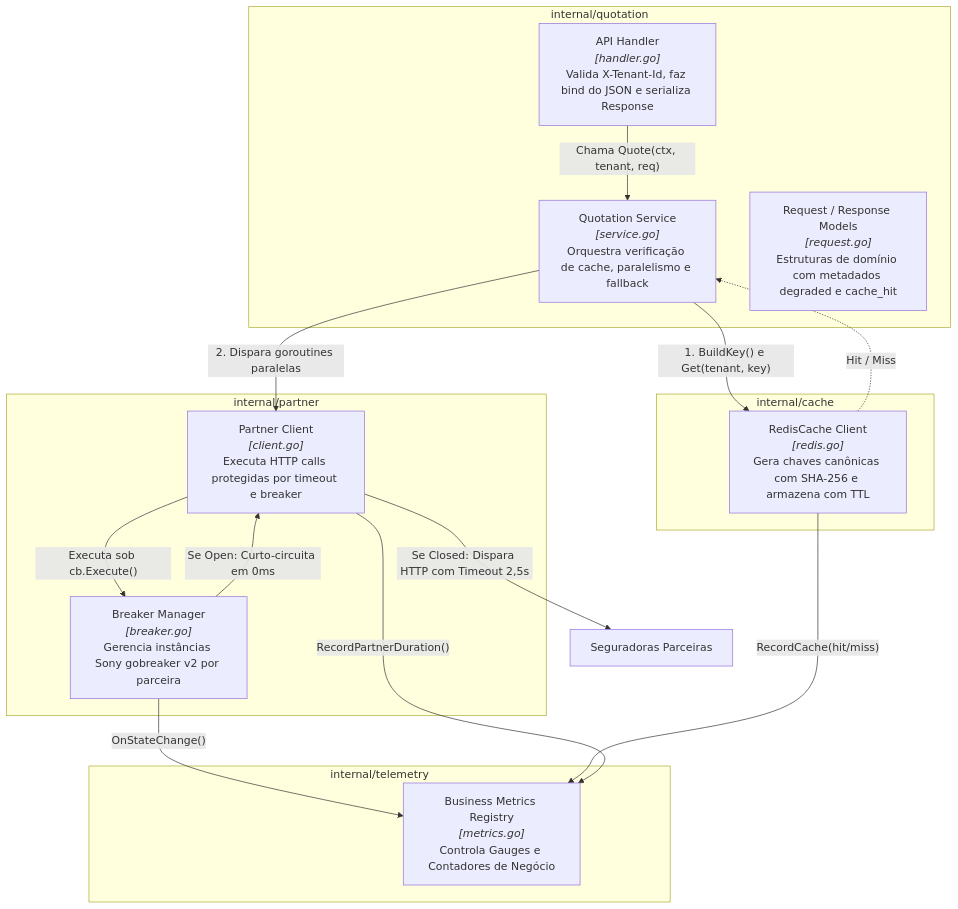
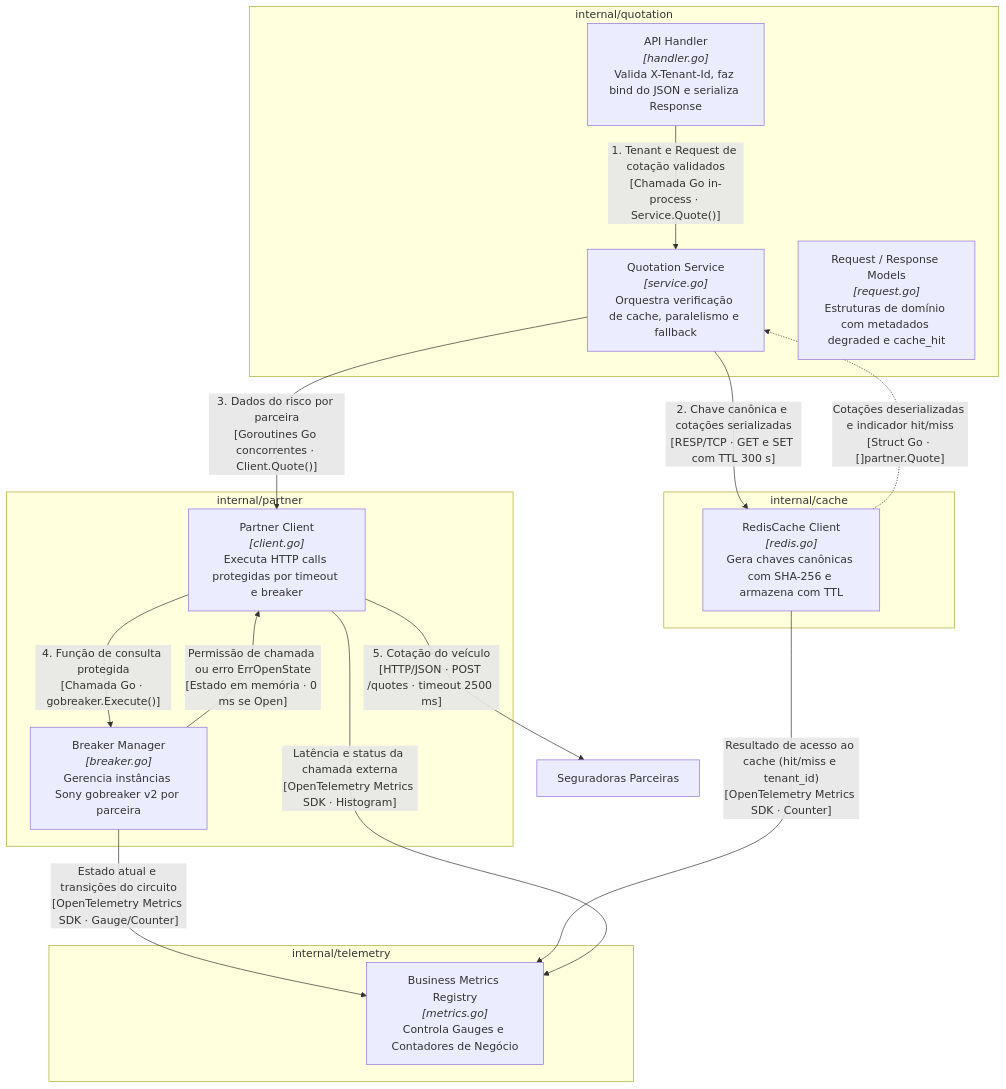
The fourth of 5 diagrams in docs/sad.md (DaniloNogueira-Silva/mba_arquitetura_desafio_cotacao_seguros), drawn with Mermaid before and after one commit. The commit also changed other lines of this file, not shown here.

Commit message:
docs: add comprehensive Solution Architecture Document (SAD) for Prumo Cota platform

````diff
--- a/docs/sad.md
+++ b/docs/sad.md
@@ -283,32 +283,32 @@
 ```mermaid
 flowchart TD
     subgraph PackageQuotation ["internal/quotation"]
         Handler["API Handler<br/><i>[handler.go]</i><br/>Valida X-Tenant-Id, faz bind do JSON e serializa Response"]
         Service["Quotation Service<br/><i>[service.go]</i><br/>Orquestra verificação de cache, paralelismo e fallback"]
         RequestStruct["Request / Response Models<br/><i>[request.go]</i><br/>Estruturas de domínio com metadados degraded e cache_hit"]
     end
 
     subgraph PackageCache ["internal/cache"]
         RedisClient["RedisCache Client<br/><i>[redis.go]</i><br/>Gera chaves canônicas com SHA-256 e armazena com TTL"]
     end
 
     subgraph PackagePartner ["internal/partner"]
         PartnerClient["Partner Client<br/><i>[client.go]</i><br/>Executa HTTP calls protegidas por timeout e breaker"]
         BreakerManager["Breaker Manager<br/><i>[breaker.go]</i><br/>Gerencia instâncias Sony gobreaker v2 por parceira"]
     end
 
     subgraph PackageTelemetry ["internal/telemetry"]
         DomainMetrics["Business Metrics Registry<br/><i>[metrics.go]</i><br/>Controla Gauges e Contadores de Negócio"]
     end
 
-    Handler -- "Chama Quote(ctx, tenant, req)" --> Service
-    Service -- "1. BuildKey() e Get(tenant, key)" --> RedisClient
-    RedisClient -. "Hit / Miss" .-> Service
-    Service -- "2. Dispara goroutines paralelas" --> PartnerClient
-    PartnerClient -- "Executa sob cb.Execute()" --> BreakerManager
-    BreakerManager -- "Se Open: Curto-circuita em 0ms" --> PartnerClient
-    PartnerClient -- "Se Closed: Dispara HTTP com Timeout 2,5s" --> ExternalHTTP["Seguradoras Parceiras"]
-    BreakerManager -- "OnStateChange()" --> DomainMetrics
-    RedisClient -- "RecordCache(hit/miss)" --> DomainMetrics
-    PartnerClient -- "RecordPartnerDuration()" --> DomainMetrics
+    Handler -- "1. Tenant e Request de cotação validados<br/>[Chamada Go in-process · Service.Quote()]" --> Service
+    Service -- "2. Chave canônica e cotações serializadas<br/>[RESP/TCP · GET e SET com TTL 300 s]" --> RedisClient
+    RedisClient -. "Cotações deserializadas e indicador hit/miss<br/>[Struct Go · []partner.Quote]" .-> Service
+    Service -- "3. Dados do risco por parceira<br/>[Goroutines Go concorrentes · Client.Quote()]" --> PartnerClient
+    PartnerClient -- "4. Função de consulta protegida<br/>[Chamada Go · gobreaker.Execute()]" --> BreakerManager
+    BreakerManager -- "Permissão de chamada ou erro ErrOpenState<br/>[Estado em memória · 0 ms se Open]" --> PartnerClient
+    PartnerClient -- "5. Cotação do veículo<br/>[HTTP/JSON · POST /quotes · timeout 2500 ms]" --> ExternalHTTP["Seguradoras Parceiras"]
+    BreakerManager -- "Estado atual e transições do circuito<br/>[OpenTelemetry Metrics SDK · Gauge/Counter]" --> DomainMetrics
+    RedisClient -- "Resultado de acesso ao cache (hit/miss e tenant_id)<br/>[OpenTelemetry Metrics SDK · Counter]" --> DomainMetrics
+    PartnerClient -- "Latência e status da chamada externa<br/>[OpenTelemetry Metrics SDK · Histogram]" --> DomainMetrics
 ```
````
